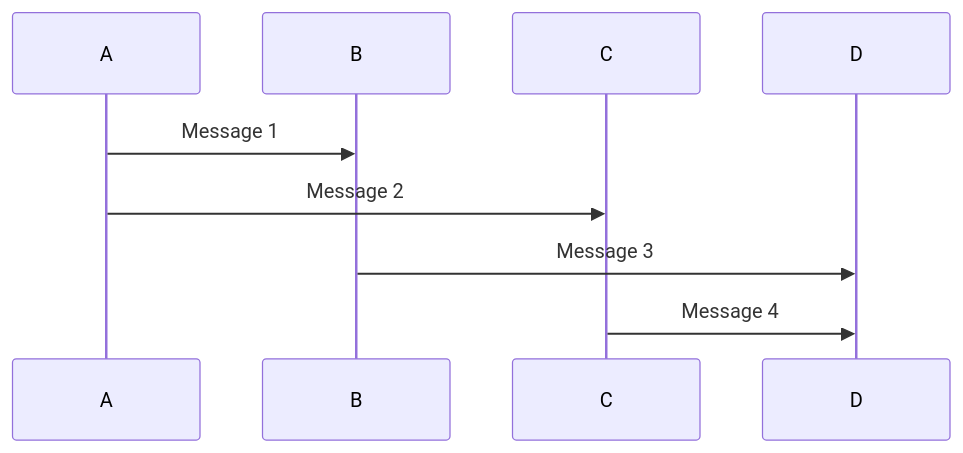
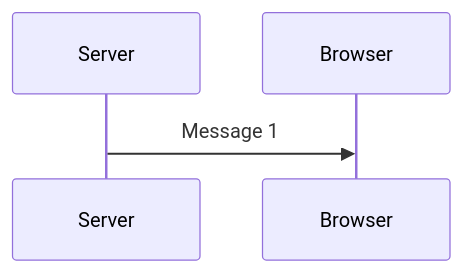
One commit to jydndev/Fullstack-Open changed the diagram in Part 0/mermaid.md. Above: the diagram before and after it, drawn with Mermaid.

````diff
--- a/Part 0/mermaid.md
+++ b/Part 0/mermaid.md
@@ -1,12 +1,7 @@
 ```mermaid
 sequenceDiagram
-    participant A
-    participant B
-    participant C
-    participant D
+    participant Server
+    participant Browser
 
-    A->>B: Message 1
-    A->>C: Message 2
-    B->>D: Message 3
-    C->>D: Message 4
+    Server->>Browser: Message 1
 ```
````
